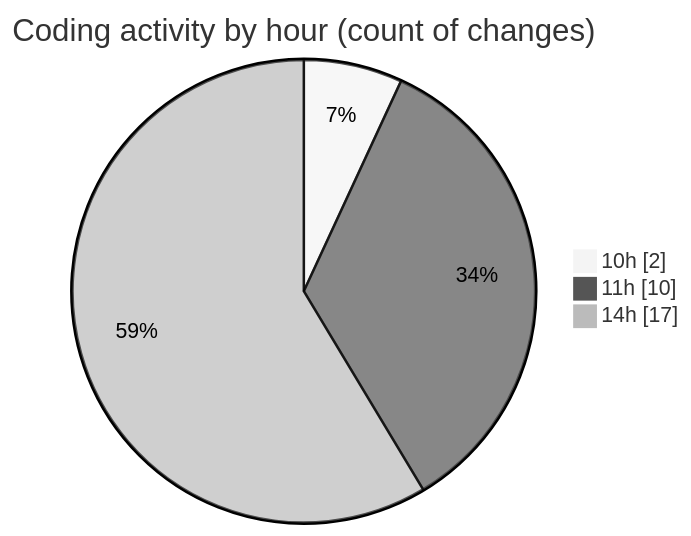
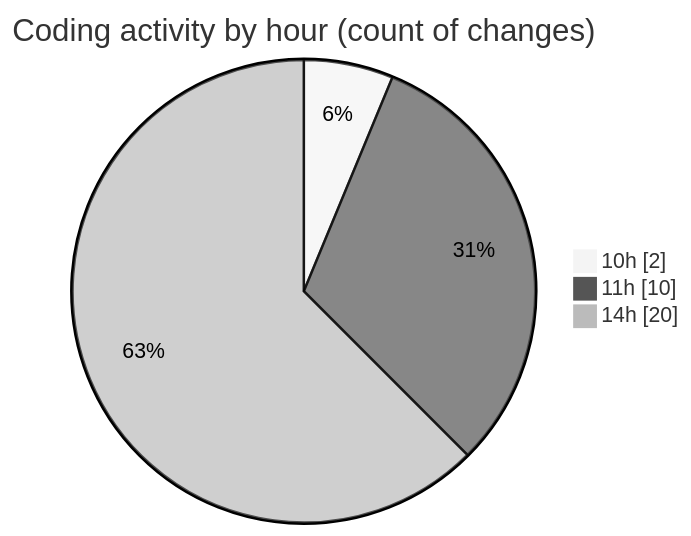
The second of 2 diagrams in 2025-06-02/studio-backend/README.md (idhammustaqopulfikri/code-tracking), drawn with Mermaid (neutral theme) before and after one commit. The commit also changed other lines of this file and 1 other file, not shown here.

````diff
--- a/2025-06-02/studio-backend/README.md
+++ b/2025-06-02/studio-backend/README.md
@@ -37,7 +38,7 @@
 ```mermaid
 pie showData
 title Coding activity by hour (count of changes)
 "10h" : 2
 "11h" : 10
-"14h" : 17
+"14h" : 20
 ```
````
